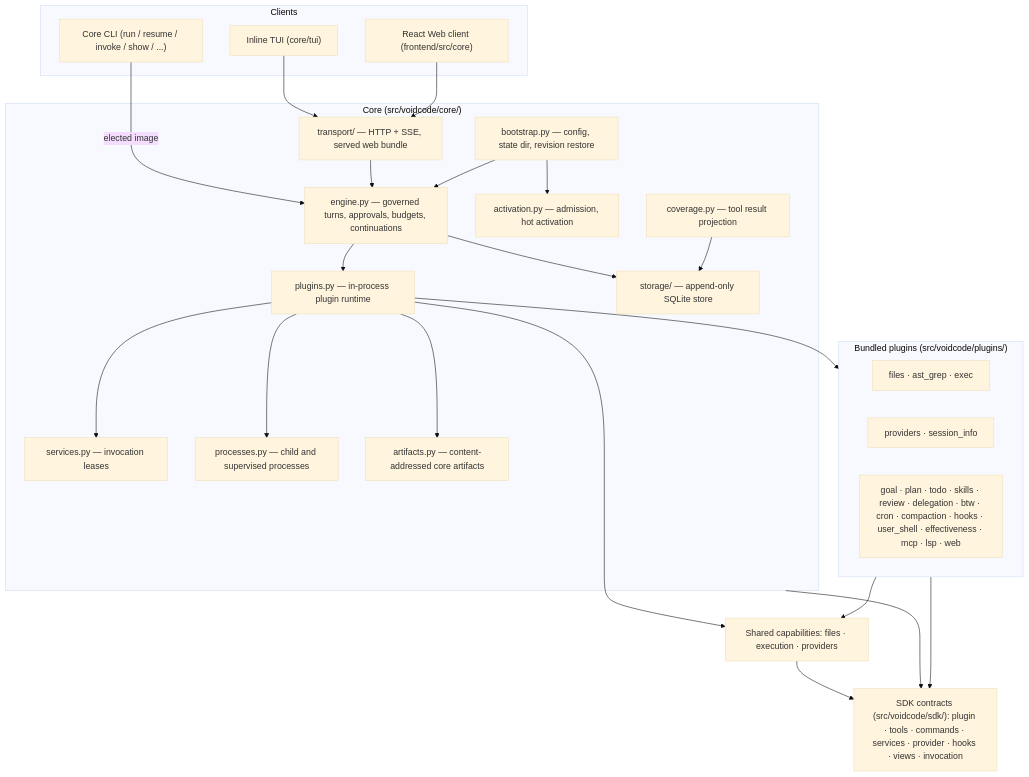
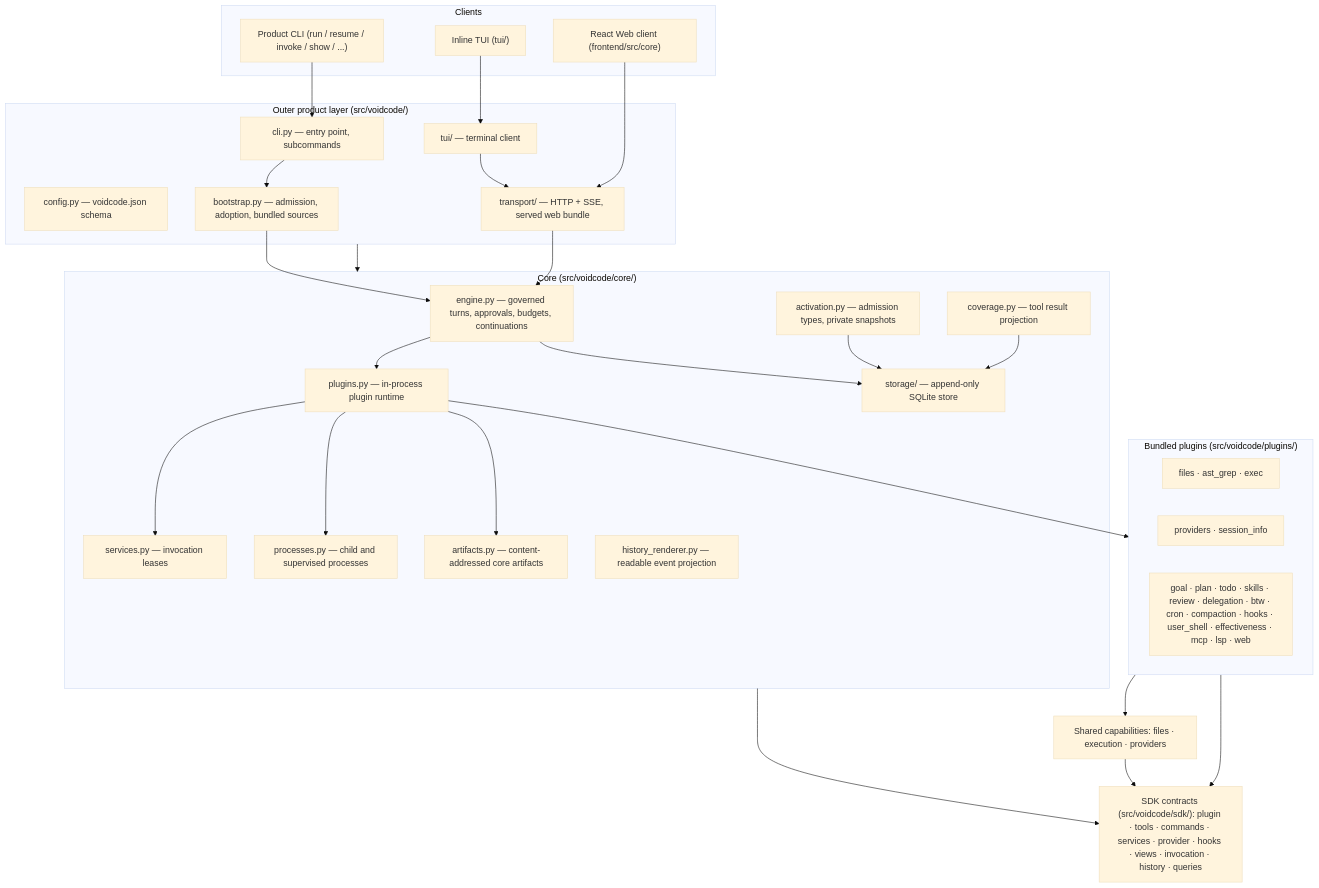
One commit to lei-jia-xing/voidcode changed the diagram in docs/architecture.md. Above: the diagram before and after it, drawn with Mermaid (base theme). The commit also changed other lines of this file and 237 other files, not shown here.

First line of the commit message:
refactor(core)!: cut over to minimal kernel with outer product layer

````diff
--- a/docs/architecture.md
+++ b/docs/architecture.md
@@ -24,48 +24,57 @@
 ```mermaid
 graph TD
     subgraph Clients["Clients"]
-        CLI["Core CLI (run / resume / invoke / show / ...)"]
-        TUI["Inline TUI (core/tui)"]
+        CLI["Product CLI (run / resume / invoke / show / ...)"]
+        TUI["Inline TUI (tui/)"]
         Web["React Web client (frontend/src/core)"]
+    end
+
+    subgraph Outer["Outer product layer (src/voidcode/)"]
+        CLIImpl["cli.py — entry point, subcommands"]
+        Config["config.py — voidcode.json schema"]
+        Bootstrap["bootstrap.py — admission, adoption, bundled sources"]
+        Transport["transport/ — HTTP + SSE, served web bundle"]
+        TUIImpl["tui/ — terminal client"]
     end
 
     subgraph Core["Core (src/voidcode/core/)"]
         Engine["engine.py — governed turns, approvals, budgets, continuations"]
-        Bootstrap["bootstrap.py — config, state dir, revision restore"]
-        Activation["activation.py — admission, hot activation"]
+        Activation["activation.py — admission types, private snapshots"]
         Runtime["plugins.py — in-process plugin runtime"]
         Services["services.py — invocation leases"]
         Processes["processes.py — child and supervised processes"]
         Storage["storage/ — append-only SQLite store"]
-        Transport["transport/ — HTTP + SSE, served web bundle"]
         Artifacts["artifacts.py — content-addressed core artifacts"]
         Coverage["coverage.py — tool result projection"]
+        Renderer["history_renderer.py — readable event projection"]
     end
 
     subgraph Plugins["Bundled plugins (src/voidcode/plugins/)"]
         Files["files · ast_grep · exec"]
         Model["providers · session_info"]
         Product["goal · plan · todo · skills · review · delegation · btw · cron · compaction · hooks · user_shell · effectiveness · mcp · lsp · web"]
     end
 
-    SDK["SDK contracts (src/voidcode/sdk/): plugin · tools · commands · services · provider · hooks · views · invocation"]
+    SDK["SDK contracts (src/voidcode/sdk/): plugin · tools · commands · services · provider · hooks · views · invocation · history · queries"]
 
-    CLI -->|elected image| Engine
-    TUI --> Transport
+    CLI --> CLIImpl
+    TUI --> TUIImpl
     Web --> Transport
+    TUIImpl --> Transport
+    CLIImpl --> Bootstrap
+    Bootstrap --> Engine
     Transport --> Engine
     Engine --> Runtime
     Engine --> Storage
-    Bootstrap --> Activation
-    Bootstrap --> Engine
+    Activation --> Storage
     Coverage --> Storage
     Runtime --> Services
     Runtime --> Processes
     Runtime --> Artifacts
     Runtime --> Plugins
-    Runtime --> Capabilities["Shared capabilities: files · execution · providers"]
-    Plugins --> Capabilities
+    Plugins --> Capabilities["Shared capabilities: files · execution · providers"]
     Capabilities --> SDK
     Core --> SDK
     Plugins --> SDK
+    Outer --> Core
 ```
````
